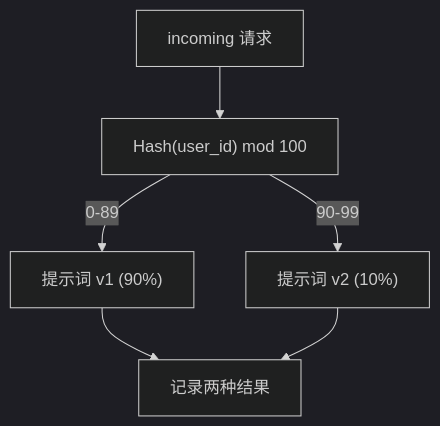
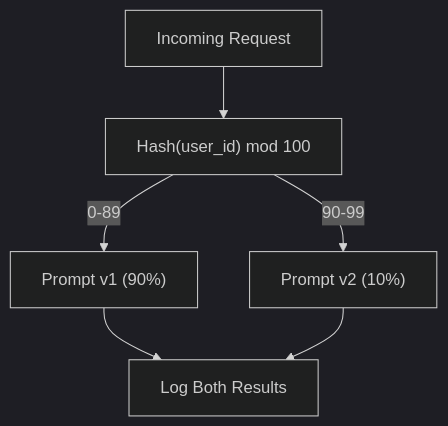
The third of 3 diagrams in i18n/zh/phases/11-llm-engineering/13-production-app/docs/zh.md (xiaojiaenen/ai-engineering-from-scratch-zh), drawn with Mermaid (dark theme) before and after one commit. The commit also changed other lines of this file and 17 other files, not shown here.

````diff
--- a/i18n/zh/phases/11-llm-engineering/13-production-app/docs/zh.md
+++ b/i18n/zh/phases/11-llm-engineering/13-production-app/docs/zh.md
@@ -177,14 +177,14 @@
 ```mermaid
 graph TD
-    R[" incoming 请求"]
-    H[" Hash(user_id) mod 100"]
-    A["提示词 v1 (90%)"]
-    B["提示词 v2 (10%)"]
-    L["记录两种结果"]
+    R["Incoming Request"]
+    H["Hash(user_id) mod 100"]
+    A["Prompt v1 (90%)"]
+    B["Prompt v2 (10%)"]
+    L["Log Both Results"]
     
     R --> H
     H -->|0-89| A
     H -->|90-99| B
     A --> L
     B --> L
 ```
````
